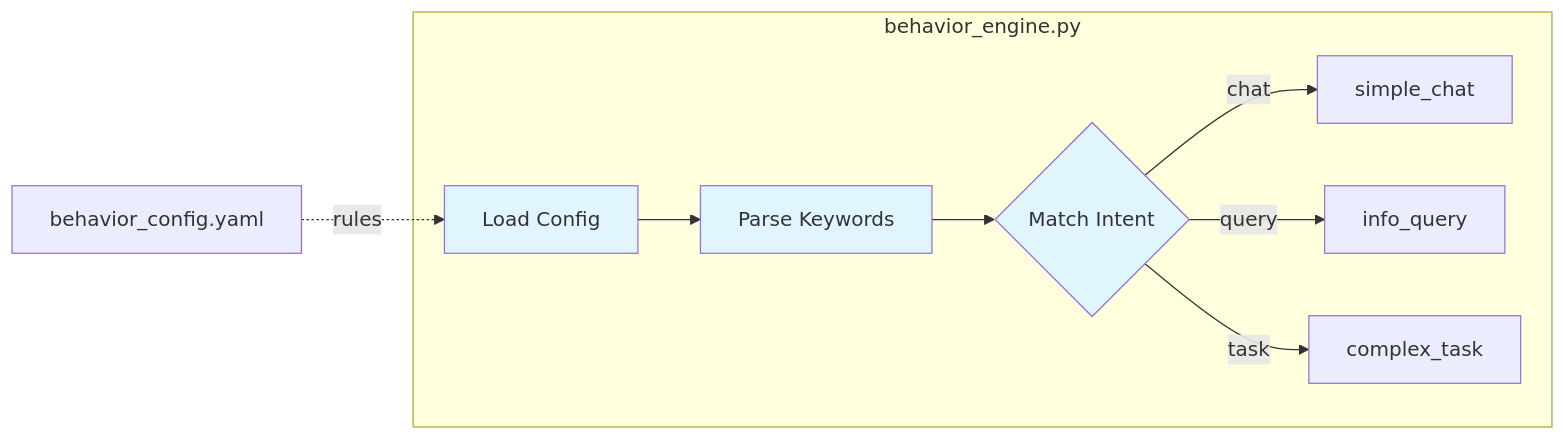
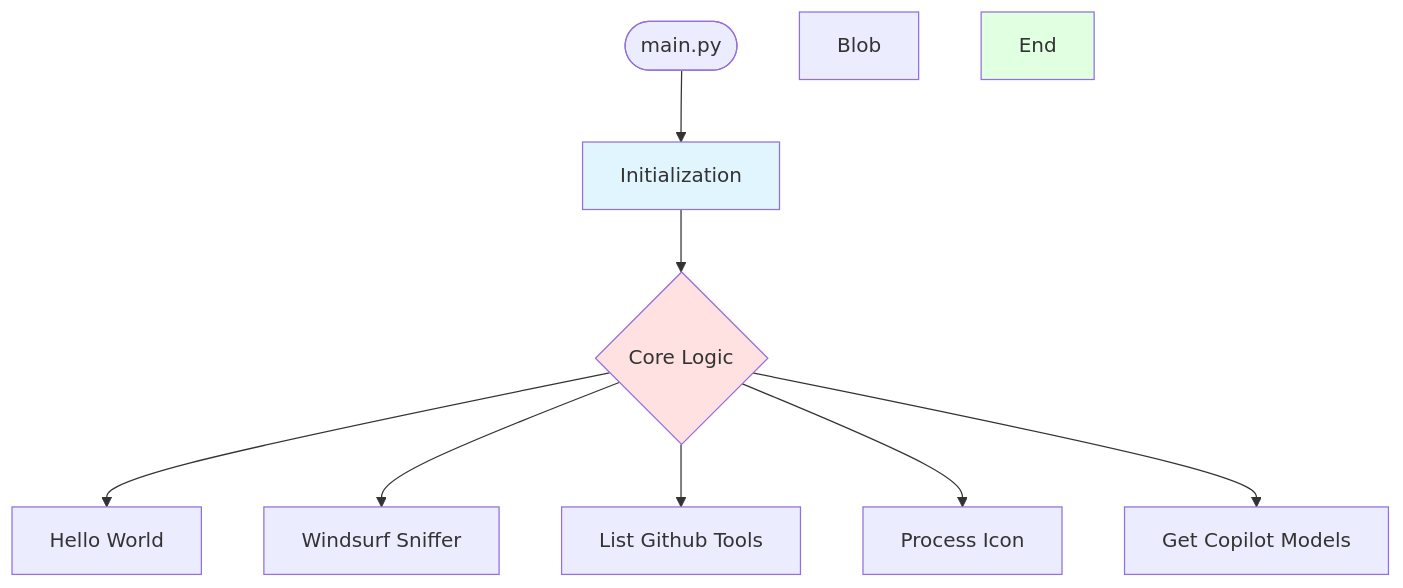
One commit to vasivandrij656-arch/atlastrinity changed the diagram in .agent/docs/mcp_architecture_diagram.md. Above: the diagram before and after it, drawn with Mermaid. The commit also changed other lines of this file and 2 other files, not shown here.

First line of the commit message:
fix(diagrams): remove Mermaid note blocks for mermaid-cli compatibility

````diff
--- a/.agent/docs/mcp_architecture_diagram.md
+++ b/.agent/docs/mcp_architecture_diagram.md
@@ -2258,16 +12,15 @@
 ```mermaid
-graph LR
-    subgraph "behavior_engine.py"
-        A[Load Config] --> B[Parse Keywords]
-        B --> C{Match Intent}
-        C --> |chat| D[simple_chat]
-        C --> |query| E[info_query]
-        C --> |task| F[complex_task]
-    end
+flowchart TD
+    Start(["main.py"]) --> Init[Initialization]
+    Init --> Core{Core Logic}
+    Core --> Comp0[Hello World]
+    Core --> Comp1[Windsurf Sniffer]
+    Core --> Comp2[List Github Tools]
+    Core --> Comp3[Process Icon]
+    Core --> Comp4[Get Copilot Models]
+    Blob
     
-    G[behavior_config.yaml] -.->|rules| A
-    
-    style A fill:#e1f5ff
-    style B fill:#e1f5ff
-    style C fill:#e1f5ff
+    style Init fill:#e1f5ff
+    style Core fill:#ffe1e1
+    style End fill:#e1ffe1
 ```
````
